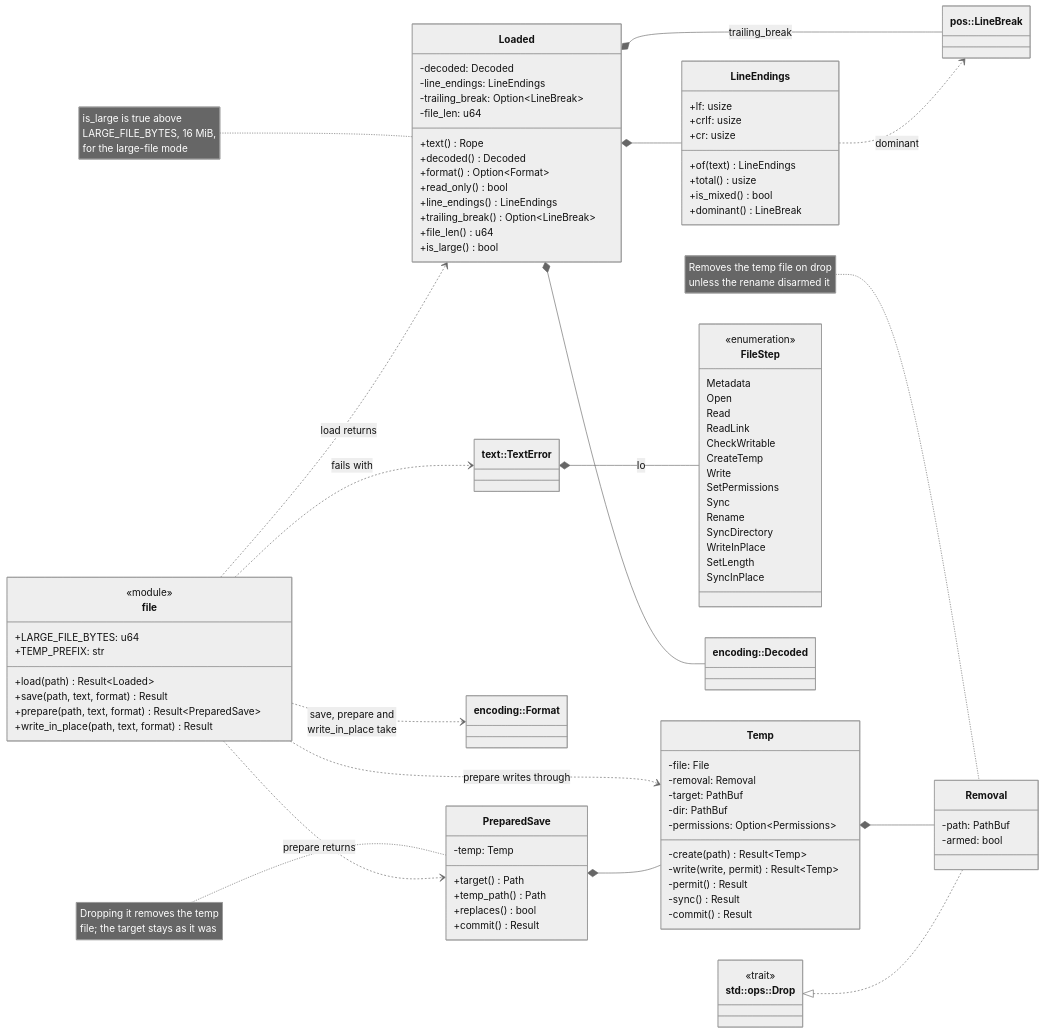
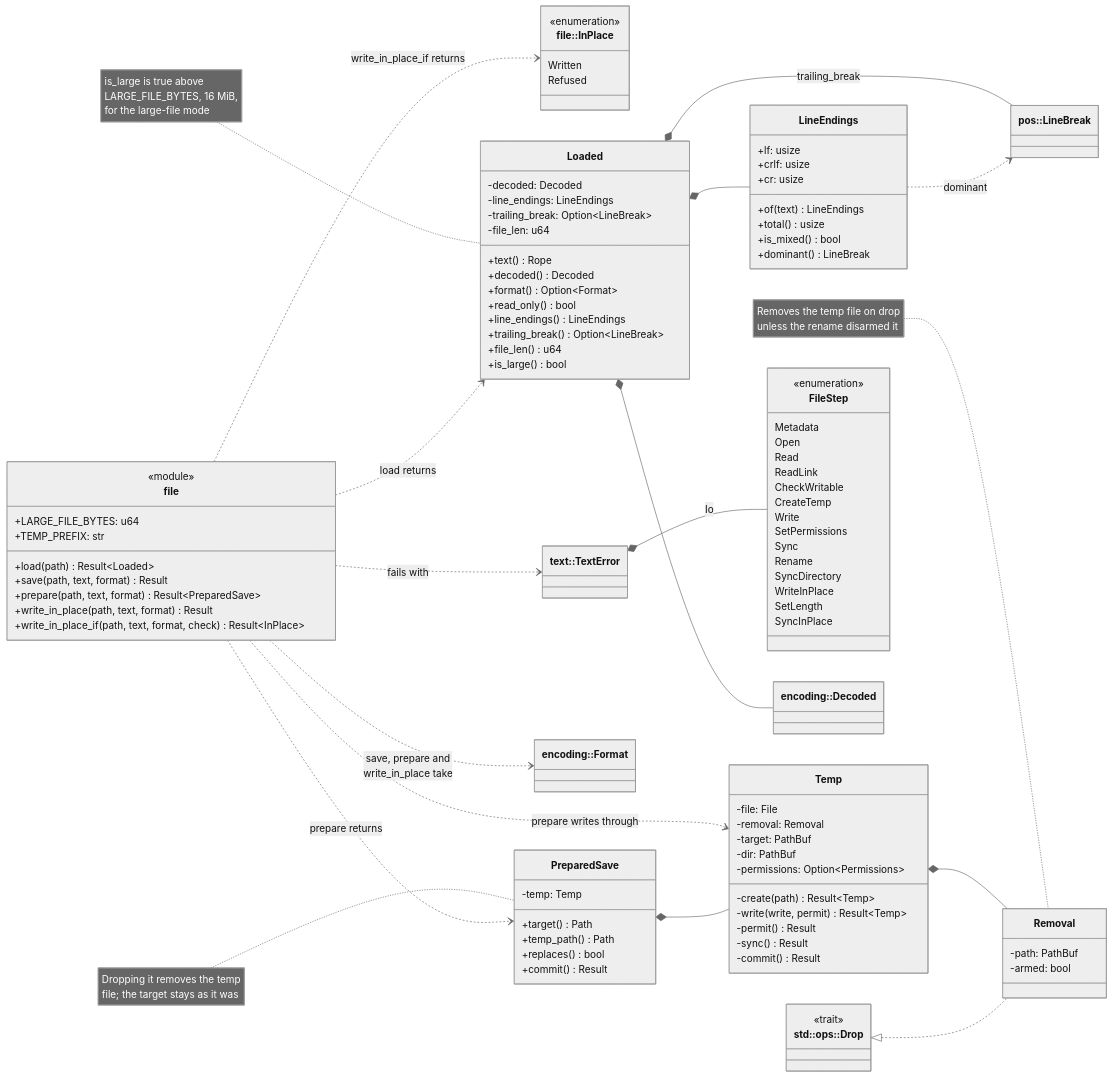
Before and after one commit to jabbott-iii/Tidepool: diagram 25 of 59 in diagrams/class-diagrams.md, drawn with Mermaid (neutral theme). The commit also changed other lines of this file and 30 other files, not shown here.

```diff
--- a/diagrams/class-diagrams.md
+++ b/diagrams/class-diagrams.md
@@ -1915,6 +1918,12 @@
         +save(path, text, format) Result
         +prepare(path, text, format) Result~PreparedSave~
         +write_in_place(path, text, format) Result
+        +write_in_place_if(path, text, format, check) Result~InPlace~
+    }
+    class InPlace["file::InPlace"] {
+        <<enumeration>>
+        Written
+        Refused
     }
     class PreparedSave {
         -temp: Temp
@@ -1989,6 +1998,7 @@
     FileFns ..> Loaded : load returns
     FileFns ..> Format : save, prepare and<br/>write_in_place take
     FileFns ..> PreparedSave : prepare returns
+    FileFns ..> InPlace : write_in_place_if returns
     FileFns ..> Temp : prepare writes through
     FileFns ..> TextError : fails with
     PreparedSave *-- Temp
```
